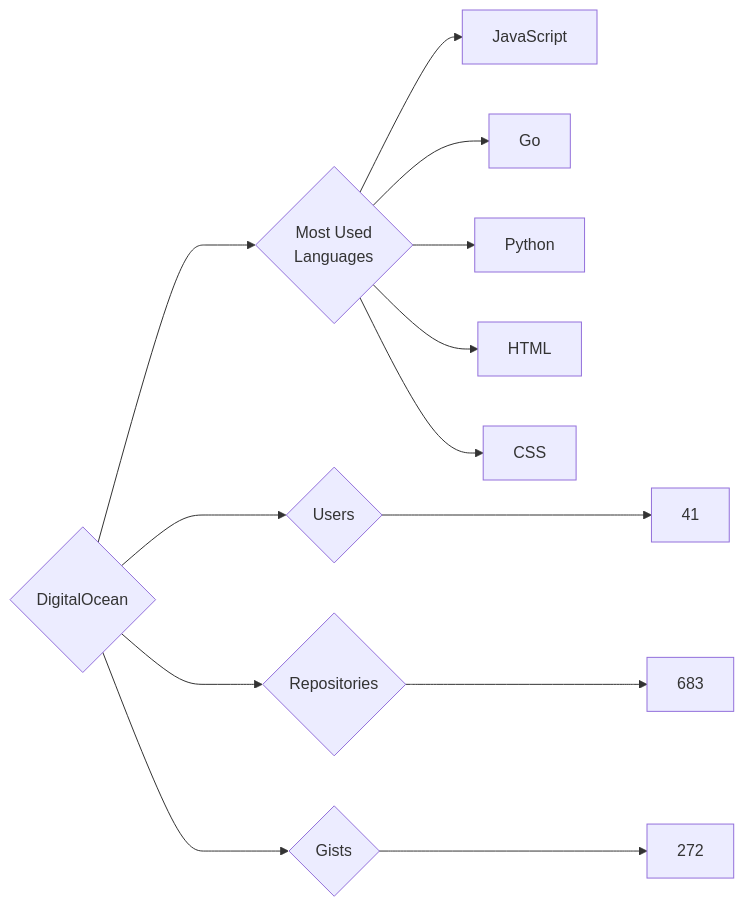
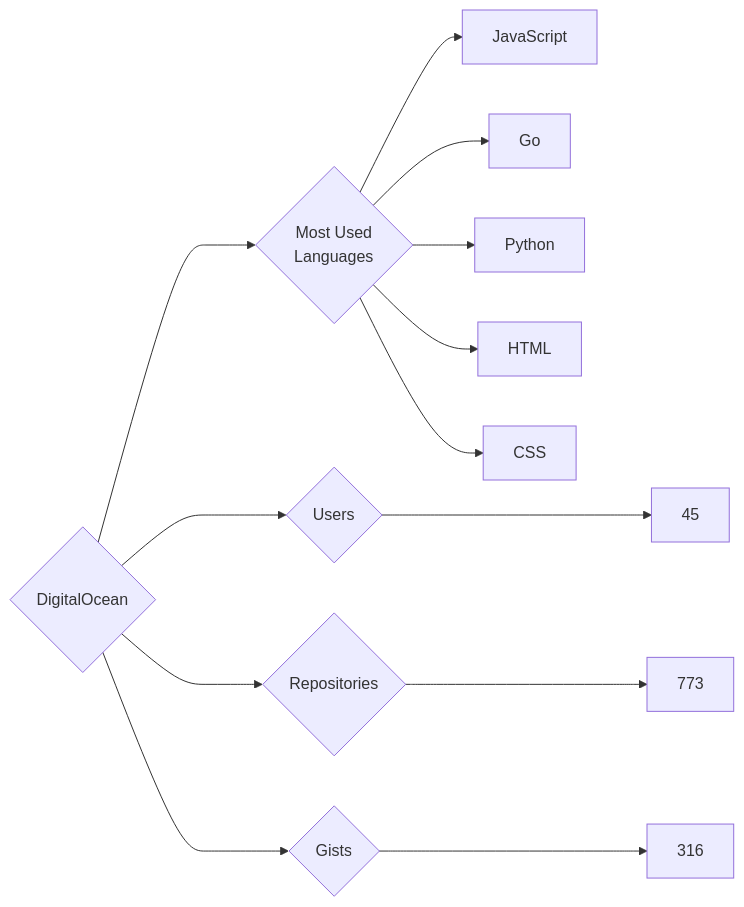
The diagram in targets/DigitalOcean/README.md (trickest/insiders), drawn with Mermaid before and after one commit. The commit also changed 951 other files, not shown here.

````diff
--- a/targets/DigitalOcean/README.md
+++ b/targets/DigitalOcean/README.md
@@ -3,13 +3,13 @@
 ```mermaid
 graph LR
 COMPANY_NAME{DigitalOcean}
-COMPANY_NAME ---> U{Users} ---> UN[41]
-COMPANY_NAME ---> R{Repositories} ---> RN[683]
-COMPANY_NAME ---> G{Gists} ---> GN[272]
+COMPANY_NAME ---> U{Users} ---> UN[45]
+COMPANY_NAME ---> R{Repositories} ---> RN[773]
+COMPANY_NAME ---> G{Gists} ---> GN[316]
 COMPANY_NAME ---> ML{Most Used<br>Languages}
-ML --> JavaScript
-ML --> Go
-ML --> Python
-ML --> HTML
-ML --> CSS
+ML --> JavaScript[JavaScript]
+ML --> Go[Go]
+ML --> Python[Python]
+ML --> HTML[HTML]
+ML --> CSS[CSS]
 ```
````
